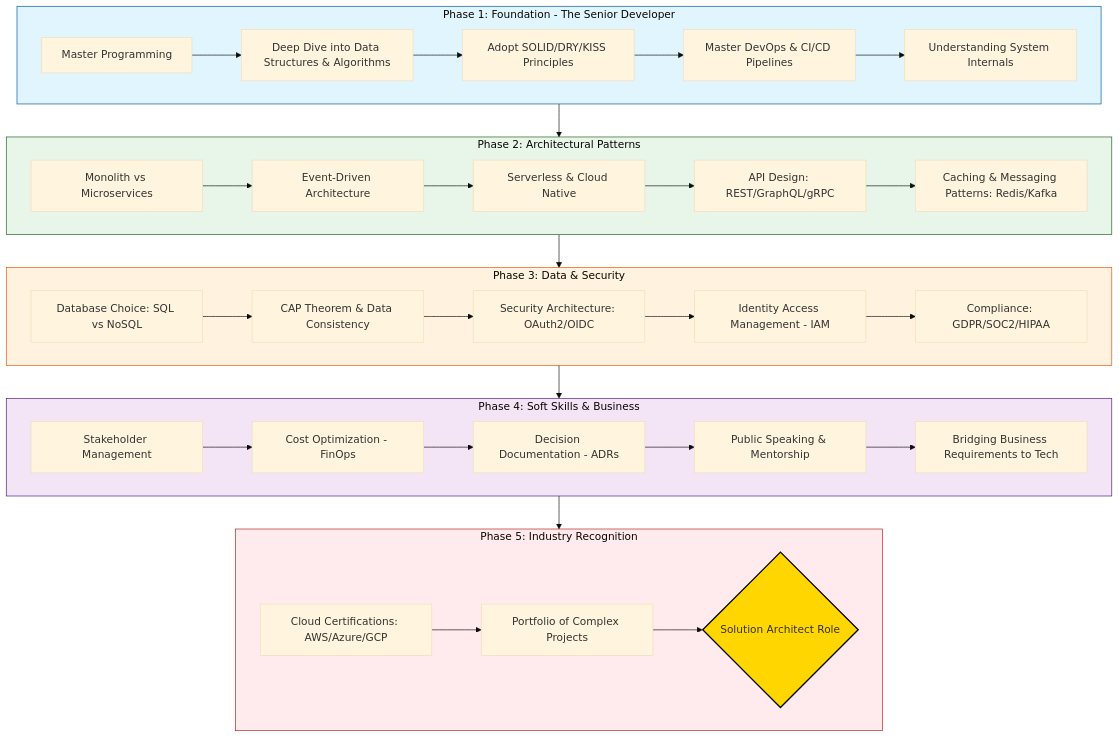
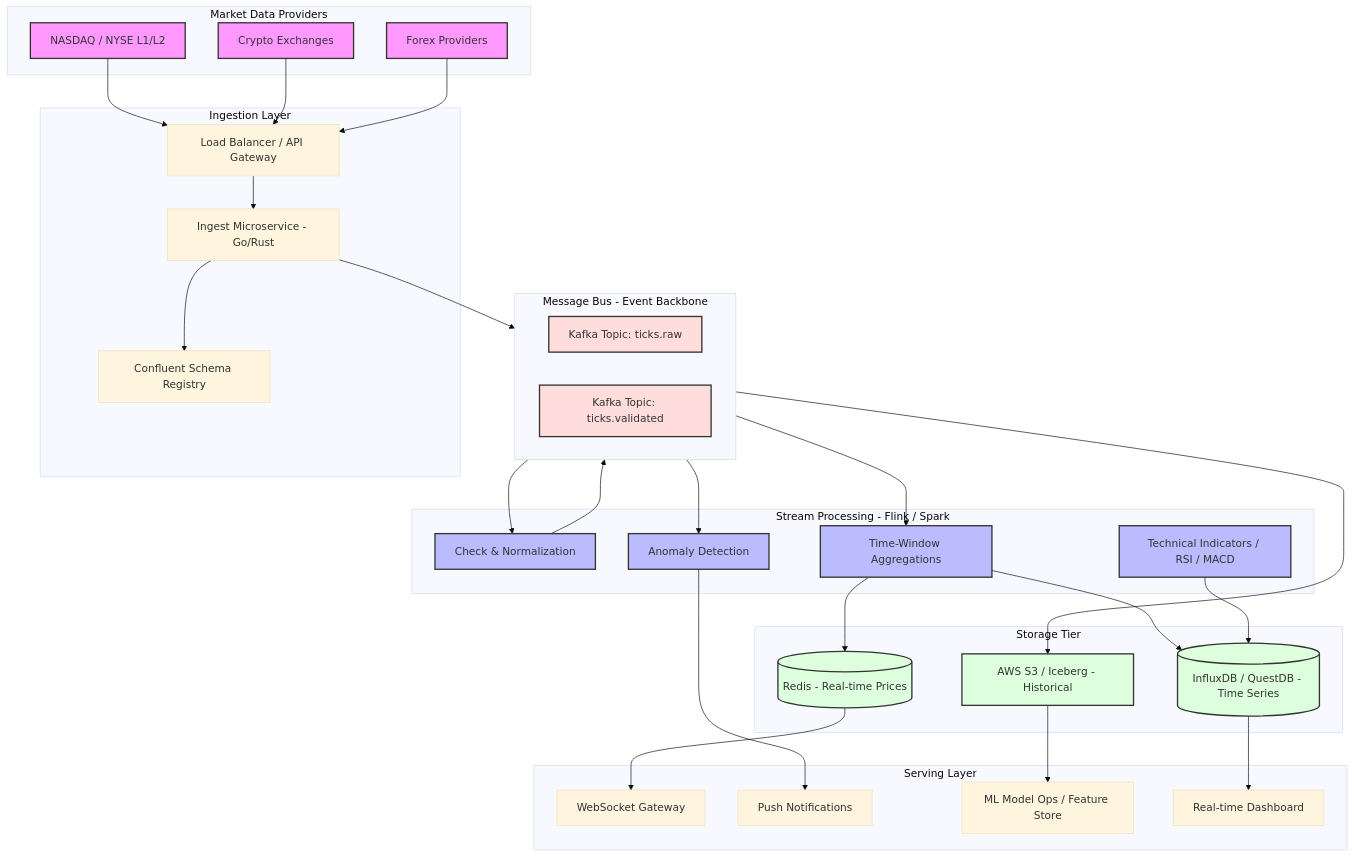
Before and after one commit to anothernoise/archgram-diagrams: the diagram in docs/architecture.mmd, drawn with Mermaid (base theme).

Commit message:
Update docs/architecture.mmd via Archgram

```diff
--- a/docs/architecture.mmd
+++ b/docs/architecture.mmd
@@ -1,45 +1,71 @@
-graph TD
-    subgraph Phase1 [Phase 1: Foundation - The Senior Developer]
-        A[Master Programming] --> B[Deep Dive into Data Structures & Algorithms]
-        B --> C[Adopt SOLID/DRY/KISS Principles]
-        C --> D[Master DevOps & CI/CD Pipelines]
-        D --> E[Understanding System Internals]
+graph TB
+    subgraph Data_Sources [Market Data Providers]
+        NAS[NASDAQ / NYSE L1/L2]
+        CRY[Crypto Exchanges]
+        FX[Forex Providers]
     end
 
-    subgraph Phase2 [Phase 2: Architectural Patterns]
-        F[Monolith vs Microservices] --> G[Event-Driven Architecture]
-        G --> H[Serverless & Cloud Native]
-        H --> I[API Design: REST/GraphQL/gRPC]
-        I --> J[Caching & Messaging Patterns: Redis/Kafka]
+    subgraph Ingestion_Layer [Ingestion Layer]
+        LB[Load Balancer / API Gateway]
+        IngestService[Ingest Microservice - Go/Rust]
+        SchemaReg[Confluent Schema Registry]
     end
 
-    subgraph Phase3 [Phase 3: Data & Security]
-        K[Database Choice: SQL vs NoSQL] --> L[CAP Theorem & Data Consistency]
-        L --> M[Security Architecture: OAuth2/OIDC]
-        M --> N[Identity Access Management - IAM]
-        N --> O[Compliance: GDPR/SOC2/HIPAA]
+    subgraph Streaming_Bus [Message Bus - Event Backbone]
+        direction LR
+        K_Raw[Kafka Topic: ticks.raw]
+        K_Valid[Kafka Topic: ticks.validated]
     end
 
-    subgraph Phase4 [Phase 4: Soft Skills & Business]
-        P[Stakeholder Management] --> Q[Cost Optimization - FinOps]
-        Q --> R[Decision Documentation - ADRs]
-        R --> S[Public Speaking & Mentorship]
-        S --> T[Bridging Business Requirements to Tech]
+    subgraph Processing_Layer [Stream Processing - Flink / Spark]
+        Validation[Check & Normalization]
+        Windowing[Time-Window Aggregations]
+        Indicators[Technical Indicators / RSI / MACD]
+        Anomalies[Anomaly Detection]
     end
 
-    subgraph Phase5 [Phase 5: Industry Recognition]
-        U[Cloud Certifications: AWS/Azure/GCP] --> V[Portfolio of Complex Projects]
-        V --> W{Solution Architect Role}
+    subgraph Storage_Layer [Storage Tier]
+        TSDB[(InfluxDB / QuestDB - Time Series)]
+        ObjectStore[AWS S3 / Iceberg - Historical]
+        Cache[(Redis - Real-time Prices)]
     end
 
-    Phase1 --> Phase2
-    Phase2 --> Phase3
-    Phase3 --> Phase4
-    Phase4 --> Phase5
+    subgraph Consumption_Layer [Serving Layer]
+        WebSockets[WebSocket Gateway]
+        Push[Push Notifications]
+        ML[ML Model Ops / Feature Store]
+        Dash[Real-time Dashboard]
+    end
 
-    style Phase1 fill:#e1f5fe,stroke:#01579b
-    style Phase2 fill:#e8f5e9,stroke:#1b5e20
-    style Phase3 fill:#fff3e0,stroke:#e65100
-    style Phase4 fill:#f3e5f5,stroke:#4a148c
-    style Phase5 fill:#ffebee,stroke:#b71c1c
-    style W fill:#ffd600,stroke:#000,stroke-width:2px
+    %% Flow Connections
+    NAS & CRY & FX --> LB
+    LB --> IngestService
+    IngestService --> SchemaReg
+    IngestService --> K_Raw
+    
+    K_Raw --> Validation
+    Validation --> K_Valid
+    
+    K_Valid --> Windowing
+    K_Valid --> Anomalies
+    
+    Windowing & Indicators --> TSDB
+    Windowing --> Cache
+    
+    Anomalies --> Push
+    K_Valid --> ObjectStore
+    
+    Cache --> WebSockets
+    TSDB --> Dash
+    ObjectStore --> ML
+
+    %% Styling
+    classDef source fill:#f9f,stroke:#333,stroke-width:2px;
+    classDef processing fill:#bbf,stroke:#333,stroke-width:2px;
+    classDef storage fill:#dfd,stroke:#333,stroke-width:2px;
+    classDef bus fill:#fdd,stroke:#333,stroke-width:2px;
+
+    class NAS,CRY,FX source;
+    class Validation,Windowing,Indicators,Anomalies processing;
+    class TSDB,ObjectStore,Cache storage;
+    class K_Raw,K_Valid bus;
```
